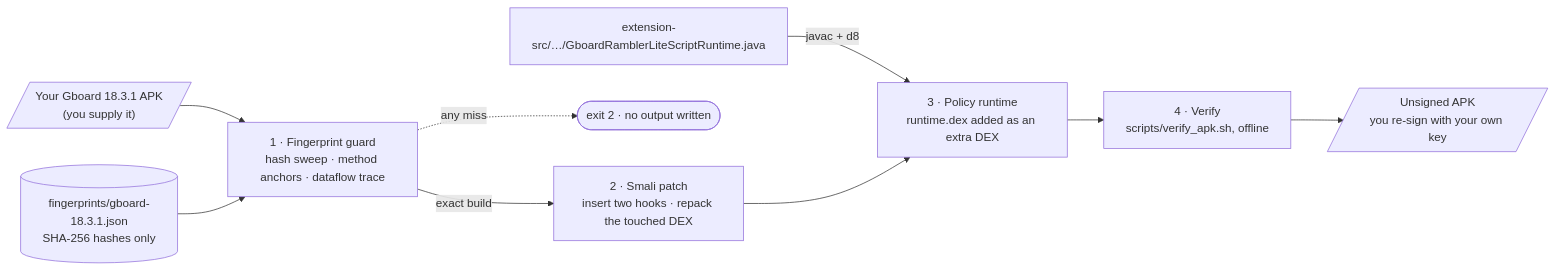
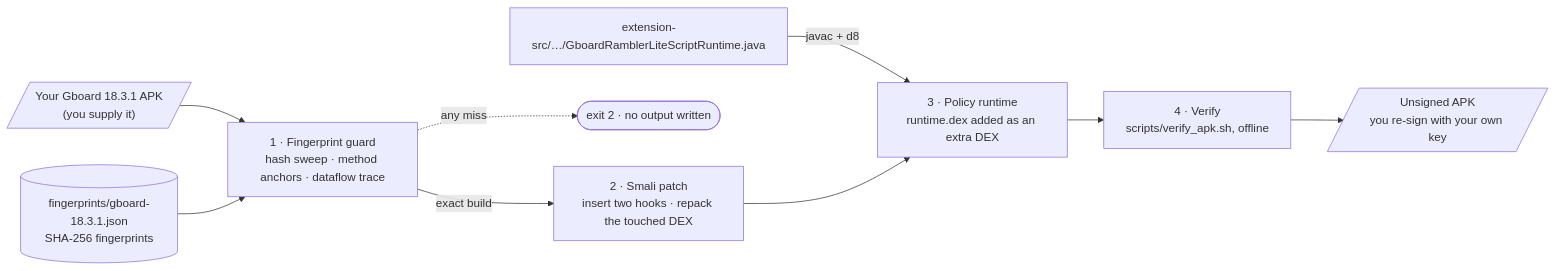
The diagram in README.md (muhib-karim/Rambler-Bangla), drawn with Mermaid before and after one commit. The commit also changed other lines of this file and 2 other files, not shown here.

````diff
--- a/README.md
+++ b/README.md
@@ -63,12 +63,12 @@
 ```mermaid
 flowchart LR
     APK[/"Your Gboard 18.3.1 APK<br/>(you supply it)"/] --> G
-    PROF[("fingerprints/gboard-18.3.1.json<br/>SHA-256 hashes only")] --> G
+    PROF[("fingerprints/gboard-18.3.1.json<br/>SHA-256 fingerprints")] --> G
     G["1 · Fingerprint guard<br/>hash sweep · method anchors · dataflow trace"]
     G -->|exact build| P["2 · Smali patch<br/>insert two hooks · repack the touched DEX"]
     G -. any miss .-> STOP(["exit 2 · no output written"])
     JAVA["extension-src/…/GboardRamblerLiteScriptRuntime.java"] -->|javac + d8| R
     P --> R["3 · Policy runtime<br/>runtime.dex added as an extra DEX"]
     R --> V["4 · Verify<br/>scripts/verify_apk.sh, offline"]
     V --> OUT[/"Unsigned APK<br/>you re-sign with your own key"/]
 ```
````
